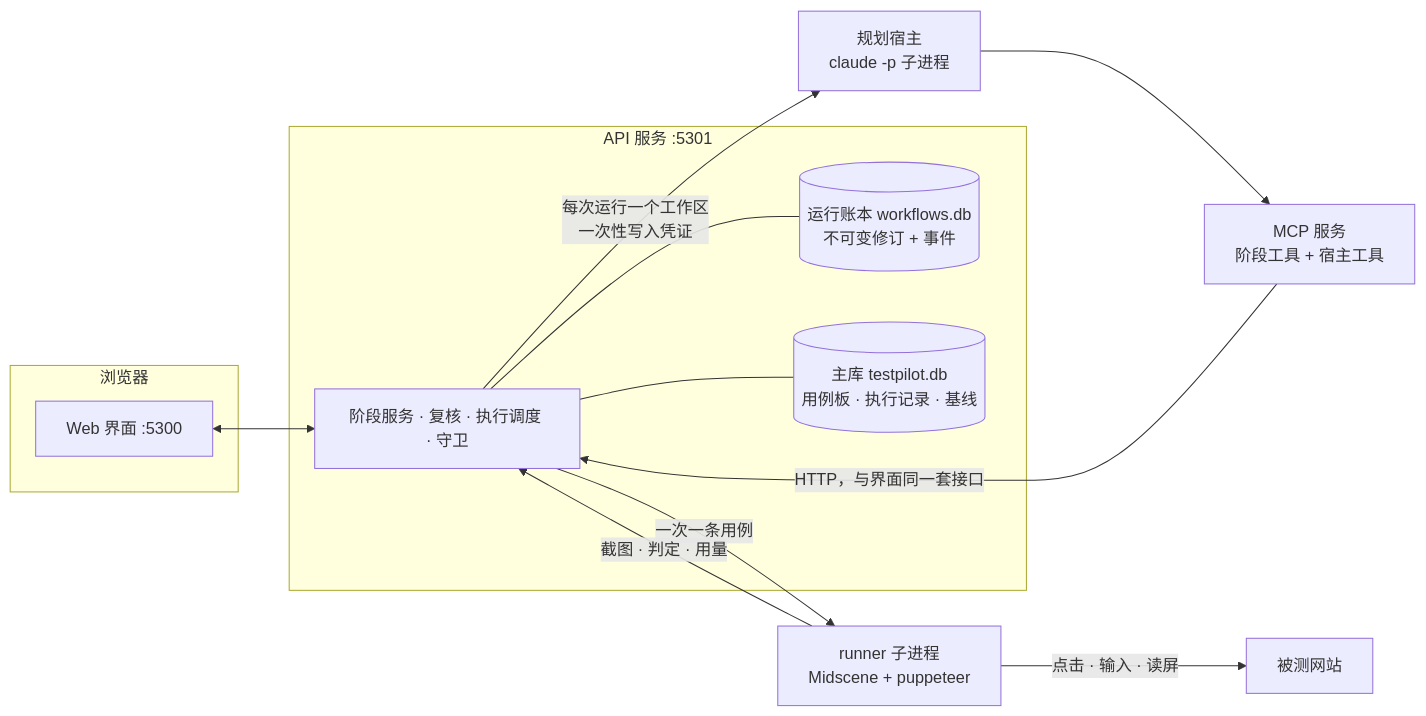
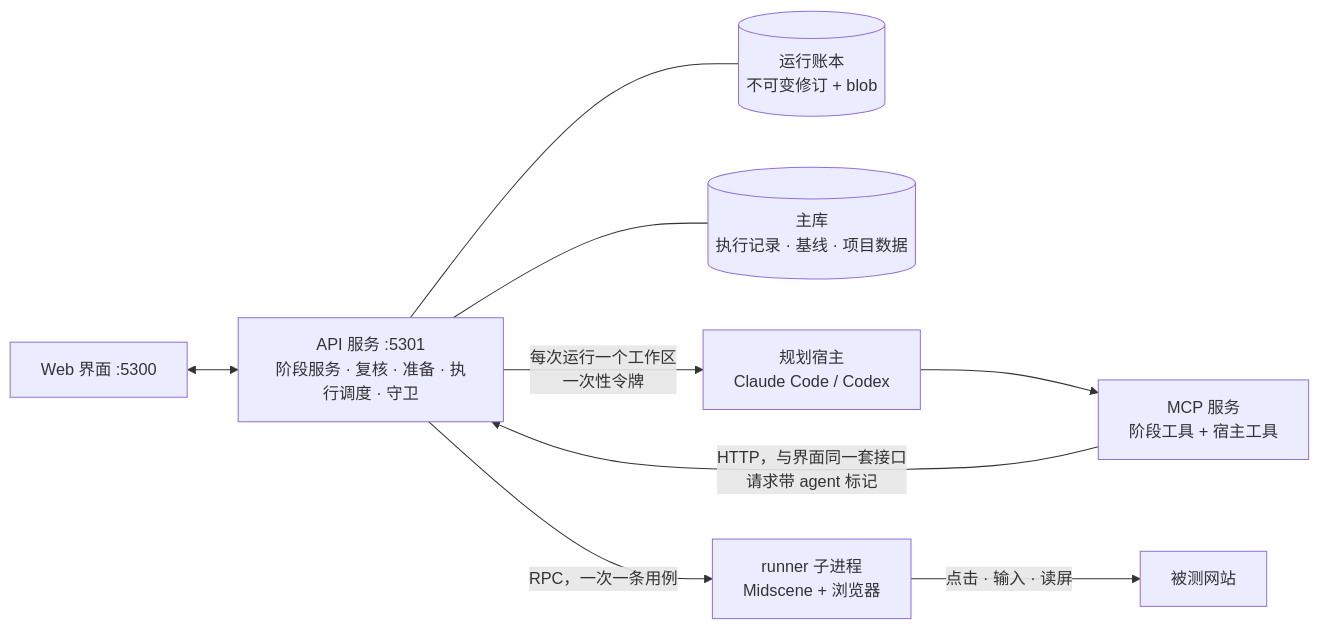
Before and after one commit to zyonlab/TestPilot: the second of 2 diagrams in README.md, drawn with Mermaid. The commit also changed other lines of this file and 1 other file, not shown here.

````diff
--- a/README.md
+++ b/README.md
@@ -150,24 +109,11 @@
 ```mermaid
 flowchart LR
-  subgraph B["浏览器"]
-    W["Web 界面 :5300"]
-  end
-  subgraph S["API 服务 :5301"]
-    API["阶段服务 · 复核 · 执行调度 · 守卫"]
-    LG[("运行账本 workflows.db<br/>不可变修订 + 事件")]
-    DB[("主库 testpilot.db<br/>用例板 · 执行记录 · 基线")]
-  end
-  H["规划宿主<br/>claude -p 子进程"]
-  M["MCP 服务<br/>阶段工具 + 宿主工具"]
-  R["runner 子进程<br/>Midscene + puppeteer"]
-  T["被测网站"]
-  W <--> API
-  API --- LG
-  API --- DB
-  API -->|"每次运行一个工作区<br/>一次性写入凭证"| H
-  H --> M
-  M -->|"HTTP，与界面同一套接口"| API
-  API -->|"一次一条用例"| R
-  R -->|"点击 · 输入 · 读屏"| T
-  R -->|"截图 · 判定 · 用量"| API
+  W["Web 界面 :5300"] <--> API["API 服务 :5301<br/>阶段服务 · 复核 · 准备 · 执行调度 · 守卫"]
+  API --- LG[("运行账本<br/>不可变修订 + blob")]
+  API --- DB[("主库<br/>执行记录 · 基线 · 项目数据")]
+  API -->|"每次运行一个工作区<br/>一次性令牌"| H["规划宿主<br/>Claude Code / Codex"]
+  H --> M["MCP 服务<br/>阶段工具 + 宿主工具"]
+  M -->|"HTTP，与界面同一套接口<br/>请求带 agent 标记"| API
+  API -->|"RPC，一次一条用例"| R["runner 子进程<br/>Midscene + 浏览器"]
+  R -->|"点击 · 输入 · 读屏"| T["被测网站"]
 ```
````
